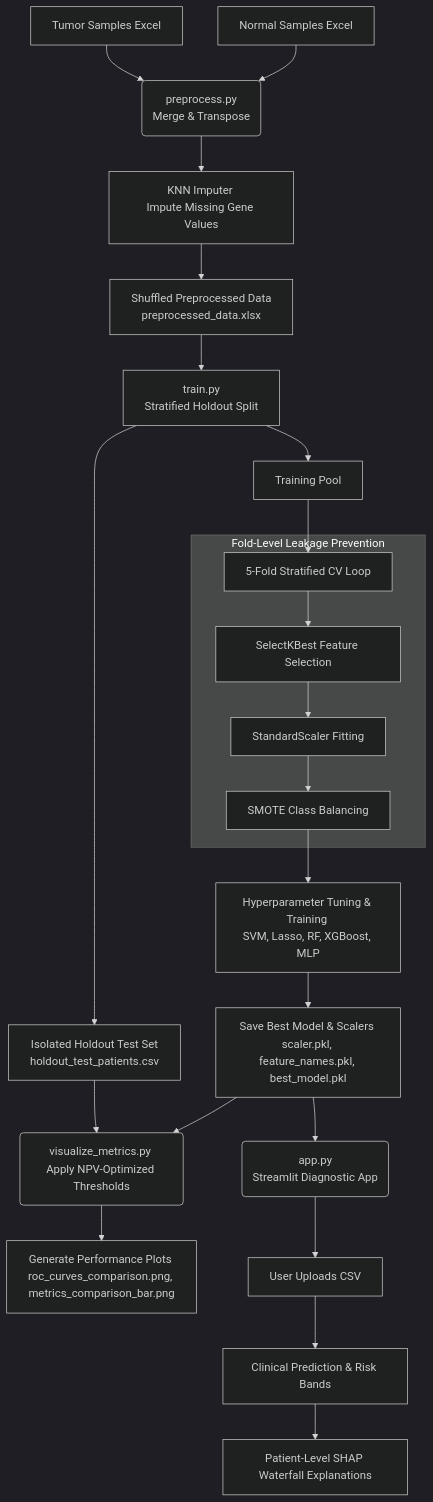
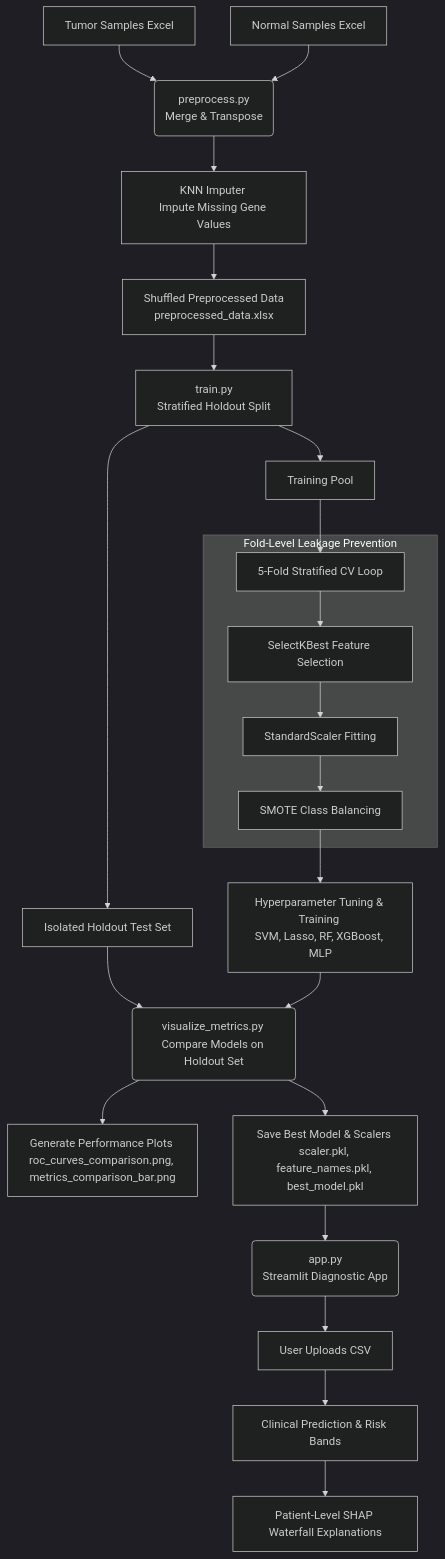
The diagram in README.md (Paarija/Bladder-Cancer-Predictor), drawn with Mermaid (dark theme) before and after one commit. The commit also changed other lines of this file, not shown here.

````diff
--- a/README.md
+++ b/README.md
@@ -39,28 +36,28 @@
 ```mermaid
 flowchart TD
     A[Tumor Samples Excel] & B[Normal Samples Excel] --> C(preprocess.py <br/>Merge & Transpose)
     C --> D[KNN Imputer <br/>Impute Missing Gene Values]
     D --> E[Shuffled Preprocessed Data <br/>preprocessed_data.xlsx]
     
     E --> F[train.py <br/>Stratified Holdout Split]
     F --> G[Training Pool]
-    F --> H[Isolated Holdout Test Set <br/>holdout_test_patients.csv]
+    F --> H[Isolated Holdout Test Set]
     
     G --> I[5-Fold Stratified CV Loop]
     subgraph KFold_Isolation [Fold-Level Leakage Prevention]
         I --> J[SelectKBest Feature Selection]
         J --> K[StandardScaler Fitting]
         K --> L[SMOTE Class Balancing]
     end
     
     L --> M[Hyperparameter Tuning & Training <br/>SVM, Lasso, RF, XGBoost, MLP]
-    M --> N[Save Best Model & Scalers <br/>scaler.pkl, feature_names.pkl, best_model.pkl]
     
-    H & N --> O(visualize_metrics.py <br/>Apply NPV-Optimized Thresholds)
+    H & M --> O(visualize_metrics.py <br/>Compare Models on Holdout Set)
     O --> P[Generate Performance Plots <br/>roc_curves_comparison.png, metrics_comparison_bar.png]
+    O --> N[Save Best Model & Scalers <br/>scaler.pkl, feature_names.pkl, best_model.pkl]
     
     N --> Q(app.py <br/>Streamlit Diagnostic App)
     Q --> R[User Uploads CSV]
     R --> S[Clinical Prediction & Risk Bands]
     S --> T[Patient-Level SHAP Waterfall Explanations]
 ```
````
